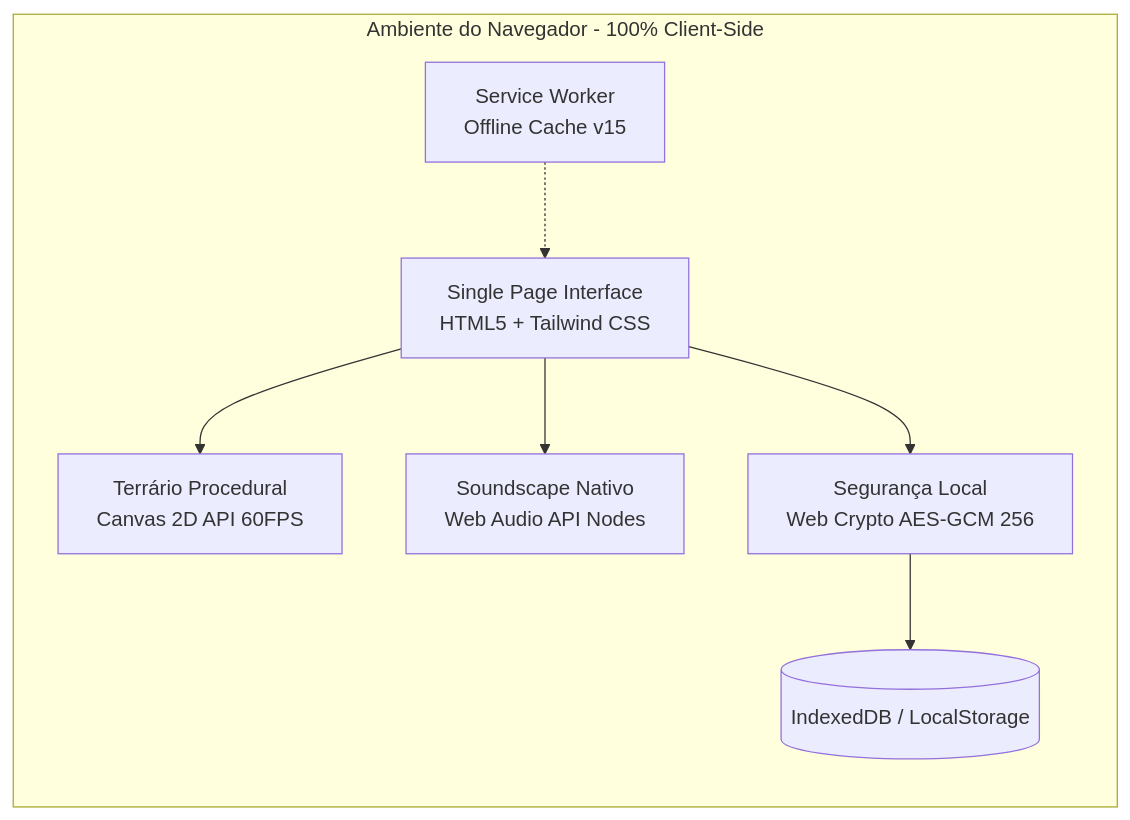
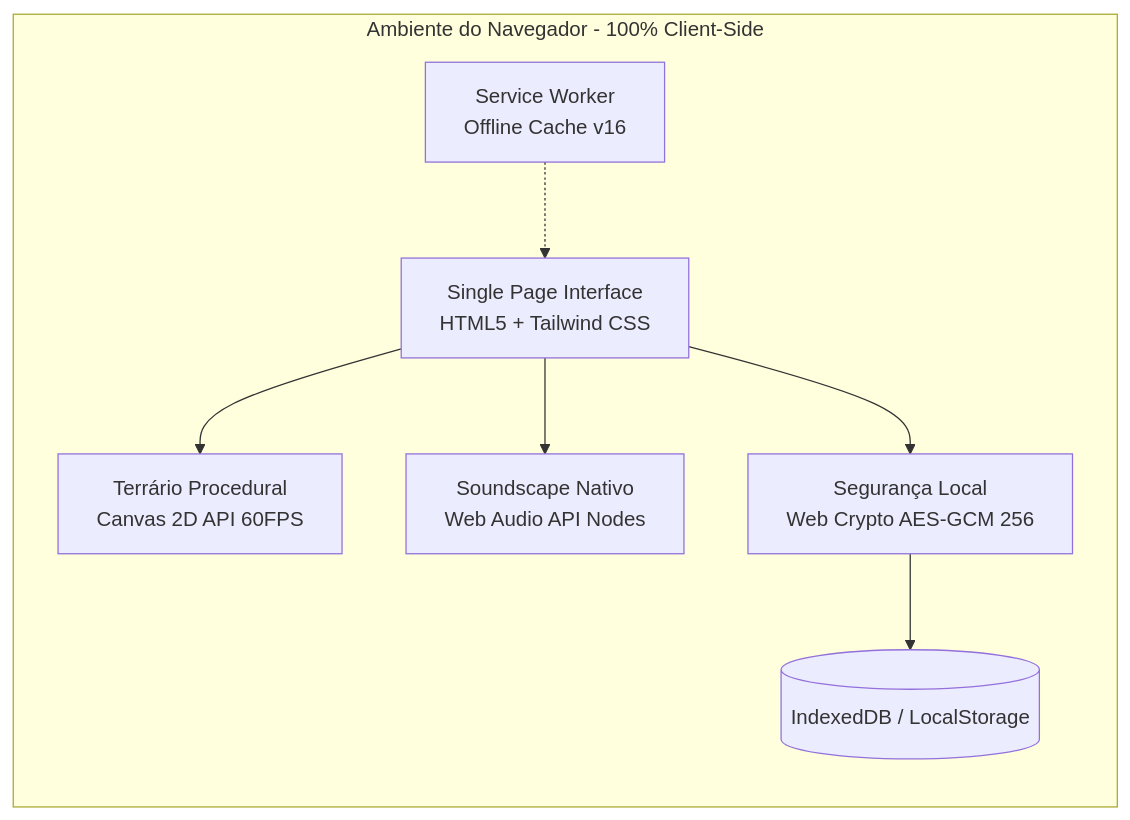
The second of 2 diagrams in README.md (oWelton/Respiro), drawn with Mermaid before and after one commit. The commit also changed other lines of this file and 3 other files, not shown here.

````diff
--- a/README.md
+++ b/README.md
@@ -135,17 +151,17 @@
 ```mermaid
 graph LR
     subgraph Cliente [Ambiente do Navegador - 100% Client-Side]
         UI[Single Page Interface<br/>HTML5 + Tailwind CSS]
         Canvas[Terrário Procedural<br/>Canvas 2D API 60FPS]
         Audio[Soundscape Nativo<br/>Web Audio API Nodes]
         Crypto[Segurança Local<br/>Web Crypto AES-GCM 256]
-        PWA[Service Worker<br/>Offline Cache v15]
+        PWA[Service Worker<br/>Offline Cache v16]
         Storage[(IndexedDB / LocalStorage)]
     end
 
     UI --> Canvas
     UI --> Audio
     UI --> Crypto
     Crypto --> Storage
     PWA -.-> UI
 ```
````
